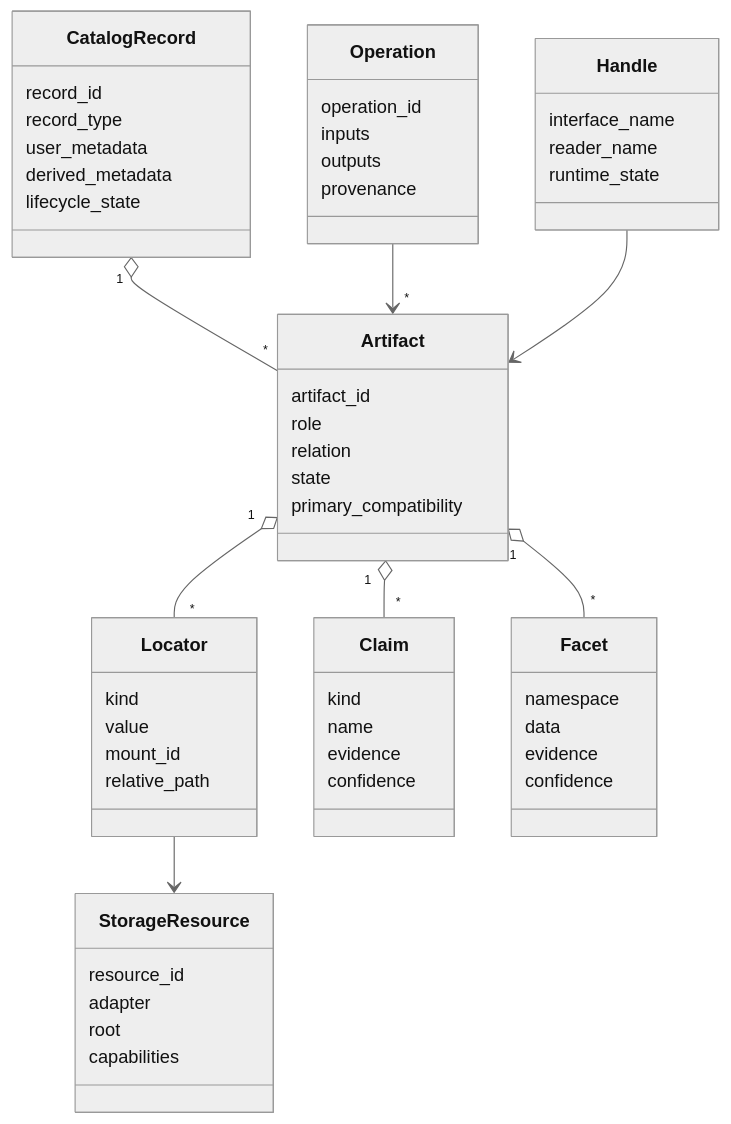
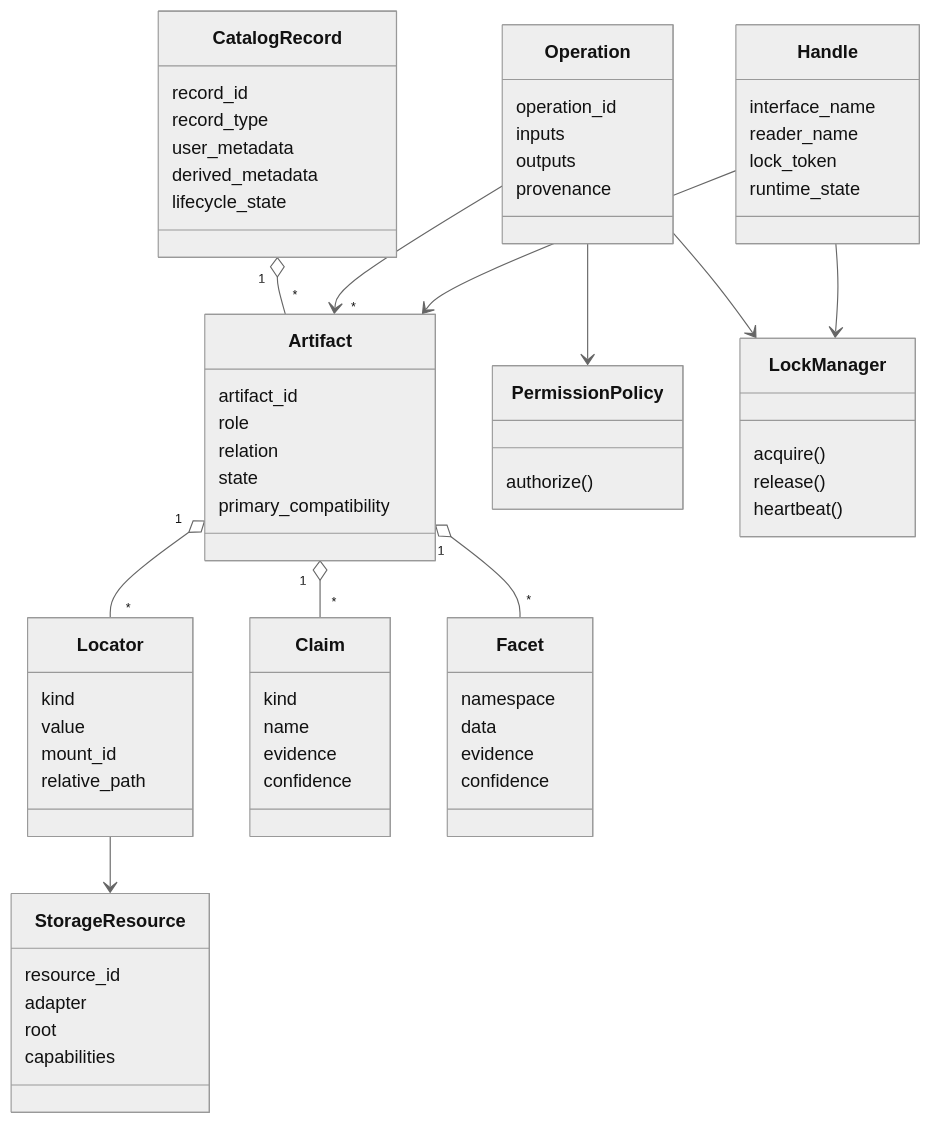
Before and after one commit to openghg/ogcat: the first of 5 diagrams in docs/design-note-virtual-artifact-filesystem-research.md, drawn with Mermaid (neutral theme). The commit also changed other lines of this file, not shown here.

````diff
--- a/docs/design-note-virtual-artifact-filesystem-research.md
+++ b/docs/design-note-virtual-artifact-filesystem-research.md
@@ -533,60 +630,72 @@
 ```mermaid
 classDiagram
   class CatalogRecord {
     record_id
     record_type
     user_metadata
     derived_metadata
     lifecycle_state
   }
   class Artifact {
     artifact_id
     role
     relation
     state
     primary_compatibility
   }
   class Locator {
     kind
     value
     mount_id
     relative_path
   }
   class Claim {
     kind
     name
     evidence
     confidence
   }
   class Facet {
     namespace
     data
     evidence
     confidence
   }
   class StorageResource {
     resource_id
     adapter
     root
     capabilities
   }
   class Operation {
     operation_id
     inputs
     outputs
     provenance
   }
+  class PermissionPolicy {
+    authorize()
+  }
+  class LockManager {
+    acquire()
+    release()
+    heartbeat()
+  }
   class Handle {
     interface_name
     reader_name
+    lock_token
     runtime_state
   }
 
   CatalogRecord "1" o-- "*" Artifact
   Artifact "1" o-- "*" Locator
   Artifact "1" o-- "*" Claim
   Artifact "1" o-- "*" Facet
   Locator --> StorageResource
   Operation --> "*" Artifact
+  Operation --> PermissionPolicy
+  Operation --> LockManager
   Handle --> Artifact
+  Handle --> LockManager
 ```
````
